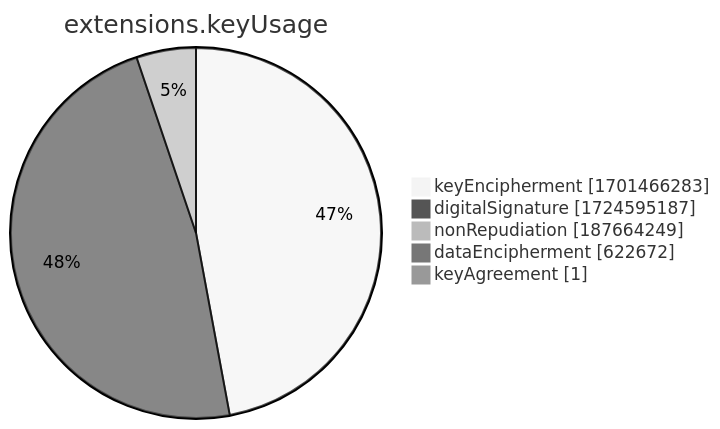
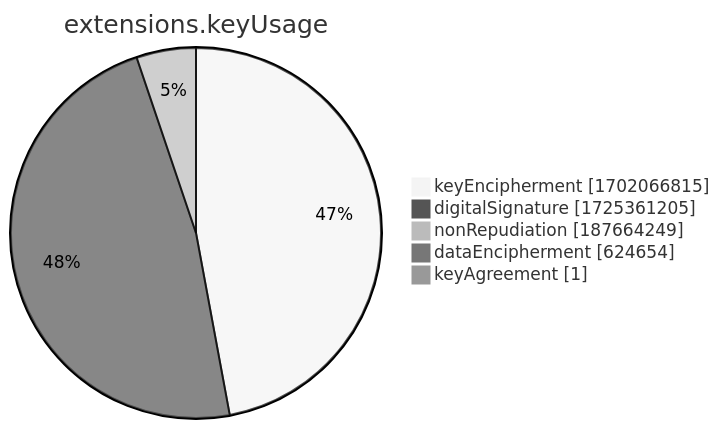
Before and after one commit to christiankrug/ctmonitor_visualization: the seventh of 15 diagrams in xenon2022/README.md, drawn with Mermaid (neutral theme). The commit also changed other lines of this file, not shown here.

````diff
--- a/xenon2022/README.md
+++ b/xenon2022/README.md
@@ -2858,9 +2858,9 @@
 ```mermaid
 pie showData
 title extensions.keyUsage
-"keyEncipherment" :1701466283
-"digitalSignature" :1724595187
+"keyEncipherment" :1702066815
+"digitalSignature" :1725361205
 "nonRepudiation" :187664249
-"dataEncipherment" :622672
+"dataEncipherment" :624654
 "keyAgreement" :1
 ```
````
